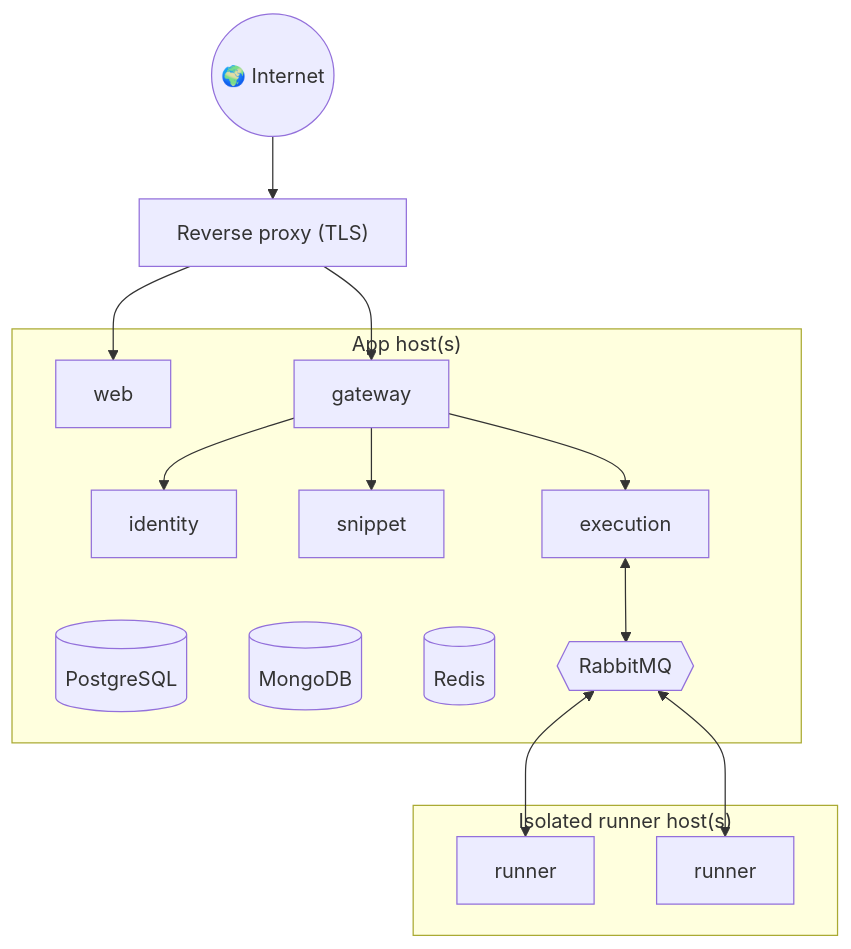
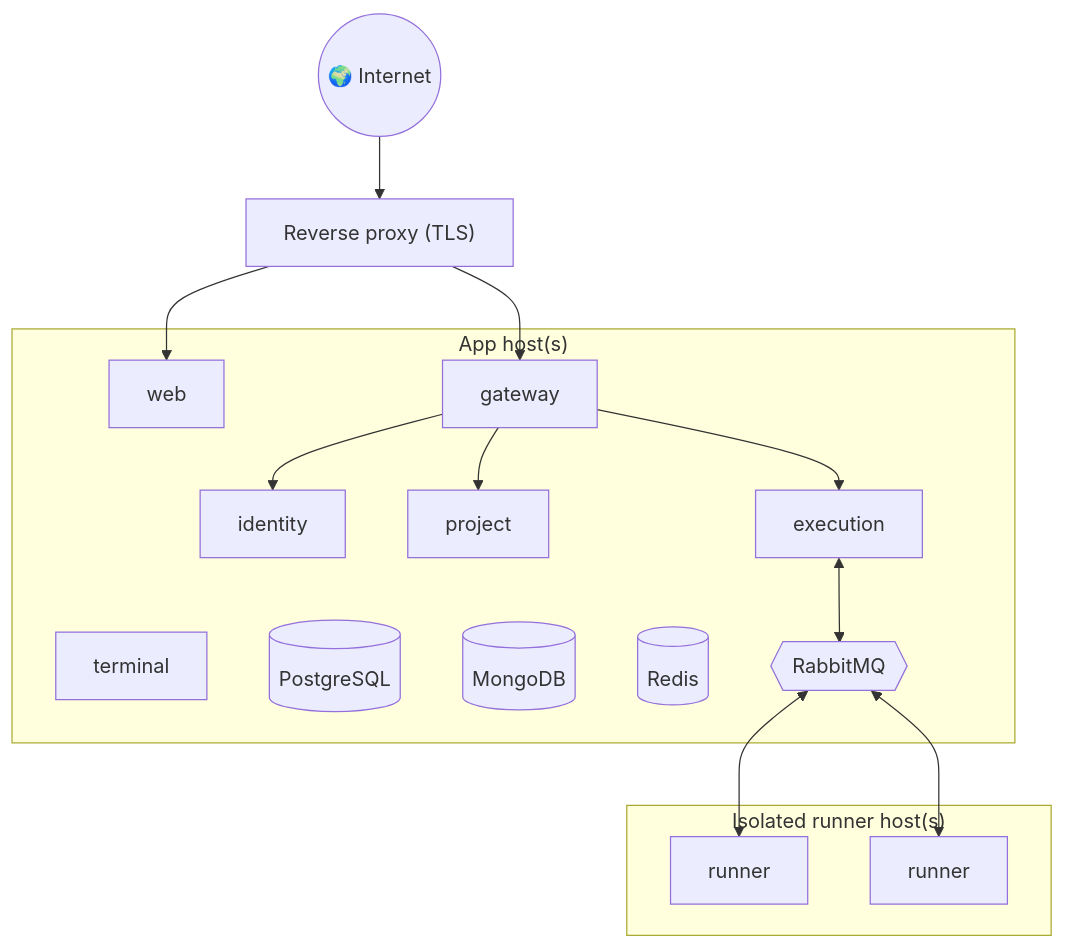
Before and after one commit to vedatcinbatexe/bytebox: the fourth of 5 diagrams in ARCHITECTURE.md, drawn with Mermaid. The commit also changed other lines of this file, not shown here.

First line of the commit message:
Plan multi-file projects and terminal sessions

````diff
--- a/ARCHITECTURE.md
+++ b/ARCHITECTURE.md
@@ -283,27 +297,28 @@
 ```mermaid
 flowchart TB
     internet((🌍 Internet)) --> proxy["Reverse proxy (TLS)"]
     proxy --> web["web"]
     proxy --> gateway["gateway"]
 
     subgraph AppHost["App host(s)"]
         web
         gateway
         identity
-        snippet
+        project
+        terminal
         execution
         pg[("PostgreSQL")]
         mongo[("MongoDB")]
         redis[("Redis")]
         mq{{"RabbitMQ"}}
     end
 
     subgraph RunnerHosts["Isolated runner host(s)"]
         runner1["runner"]
         runner2["runner"]
     end
 
-    gateway --> identity & snippet & execution
+    gateway --> identity & project & execution
     execution <--> mq
     mq <--> runner1 & runner2
 ```
````
